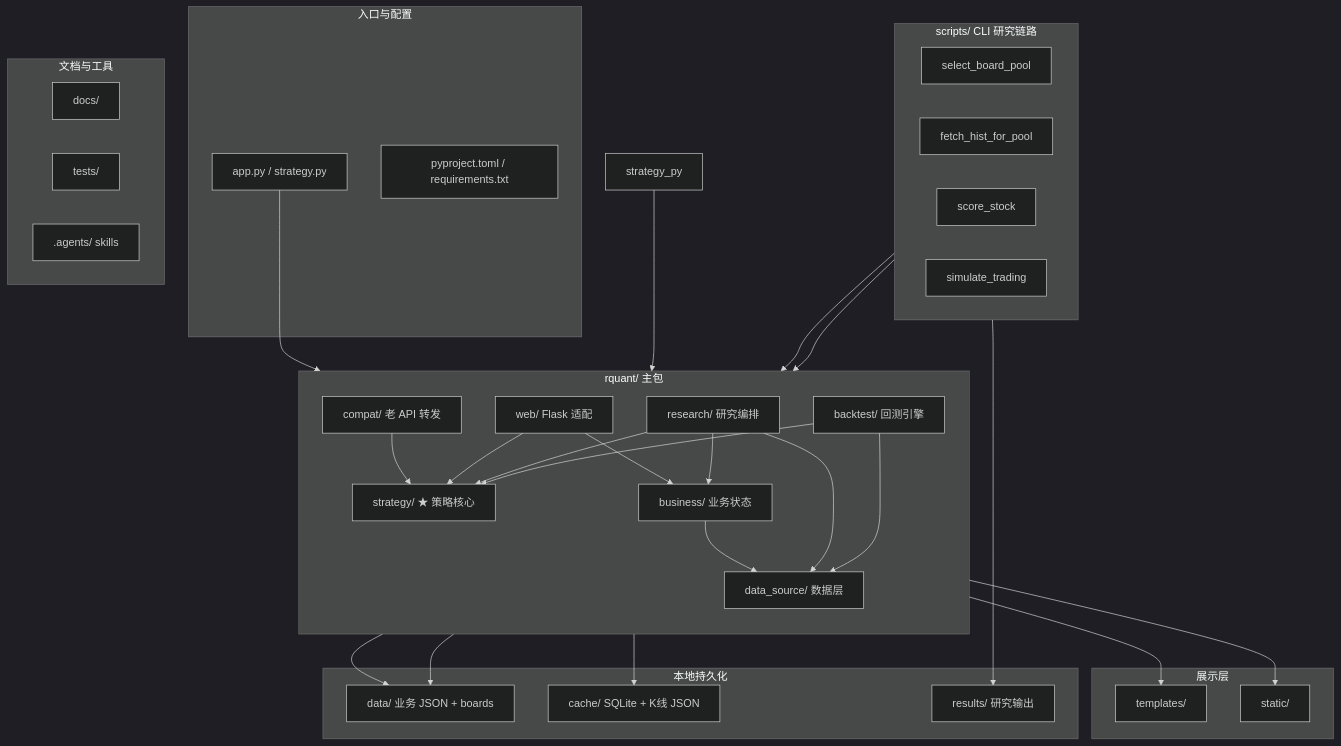
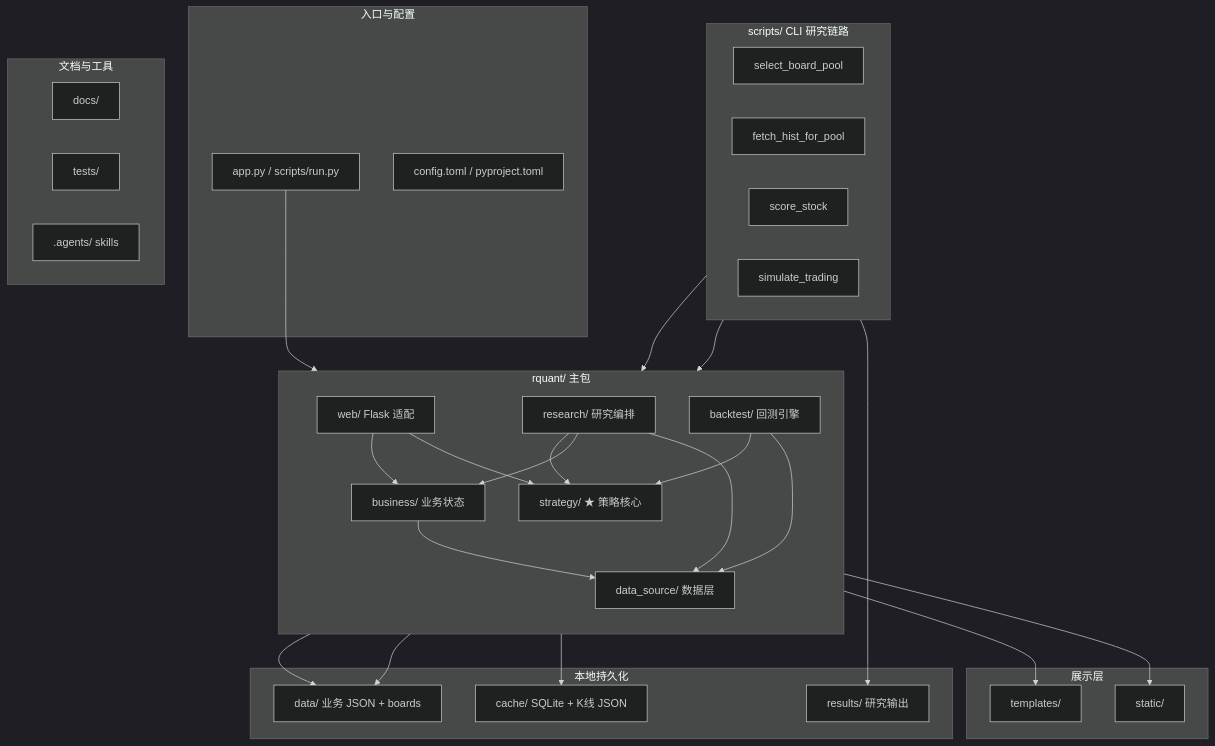
One commit to q531019067-boop/RetailQuant changed the diagram in docs/大纲.md. Above: the diagram before and after it, drawn with Mermaid (dark theme). The commit also changed other lines of this file and 15 other files, not shown here.

````diff
--- a/docs/大纲.md
+++ b/docs/大纲.md
@@ -66,62 +68,59 @@
 ```mermaid
 flowchart TB
   subgraph entry["入口与配置"]
-    app["app.py / strategy.py"]
-    cfg["pyproject.toml / requirements.txt"]
+    app["app.py / scripts/run.py"]
+    cfg["config.toml / pyproject.toml"]
   end
 
   subgraph core["rquant/ 主包"]
     direction TB
     S["strategy/ ★ 策略核心"]
     B["business/ 业务状态"]
     D["data_source/ 数据层"]
     W["web/ Flask 适配"]
     R["research/ 研究编排"]
     BT["backtest/ 回测引擎"]
-    C["compat/ 老 API 转发"]
   end
 
   subgraph cli["scripts/ CLI 研究链路"]
     sel["select_board_pool"]
     fetch["fetch_hist_for_pool"]
     score["score_stock"]
     sim["simulate_trading"]
   end
 
   subgraph ui["展示层"]
     tpl["templates/"]
     css["static/"]
   end
 
   subgraph persist["本地持久化"]
     data["data/ 业务 JSON + boards"]
     cache["cache/ SQLite + K线 JSON"]
     res["results/ 研究输出"]
   end
 
   subgraph meta["文档与工具"]
     docs["docs/"]
     tests["tests/"]
     agents[".agents/ skills"]
   end
 
   app --> W
-  strategy_py --> C
-  C --> S
   W --> B
   W --> S
   B --> D
   cli --> R
   cli --> BT
   R --> S
   R --> B
   R --> D
   BT --> S
   BT --> D
   D --> cache
   D --> data
   cli --> res
   W --> tpl
   W --> css
   B --> data
 ```
````
